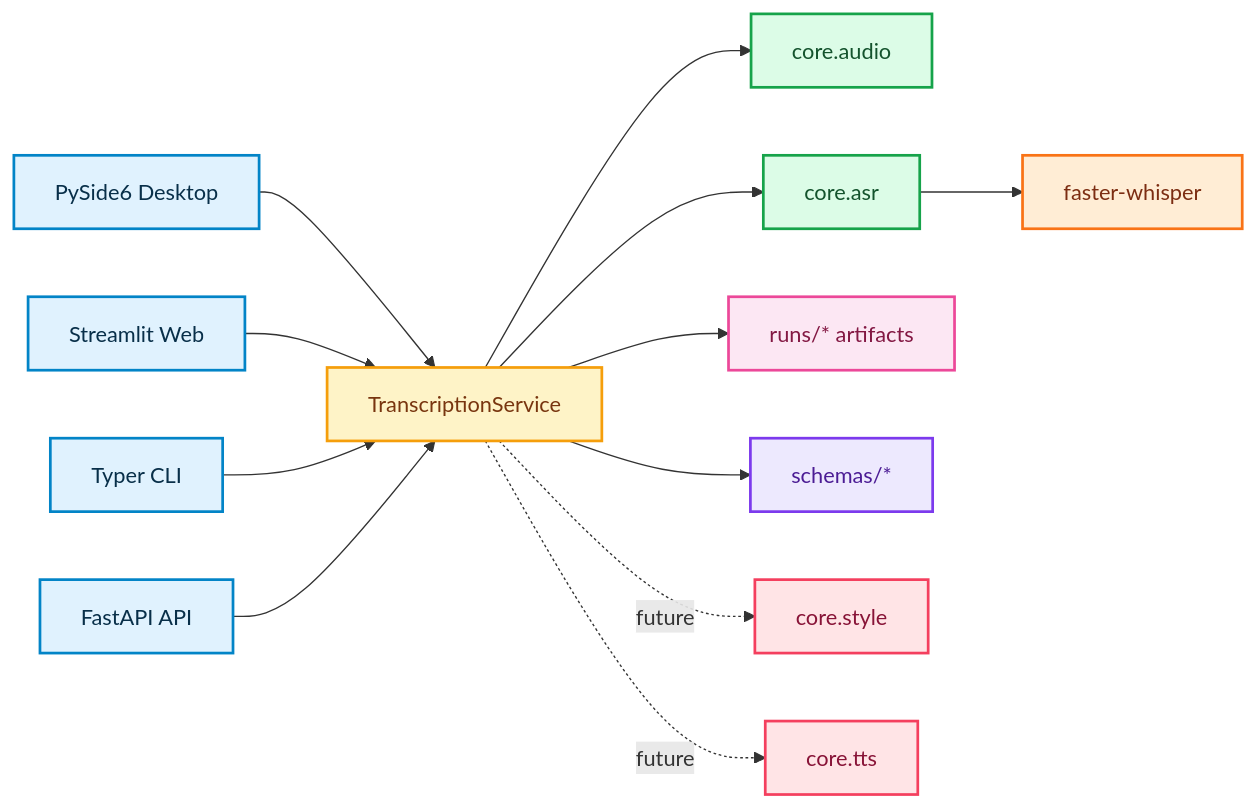
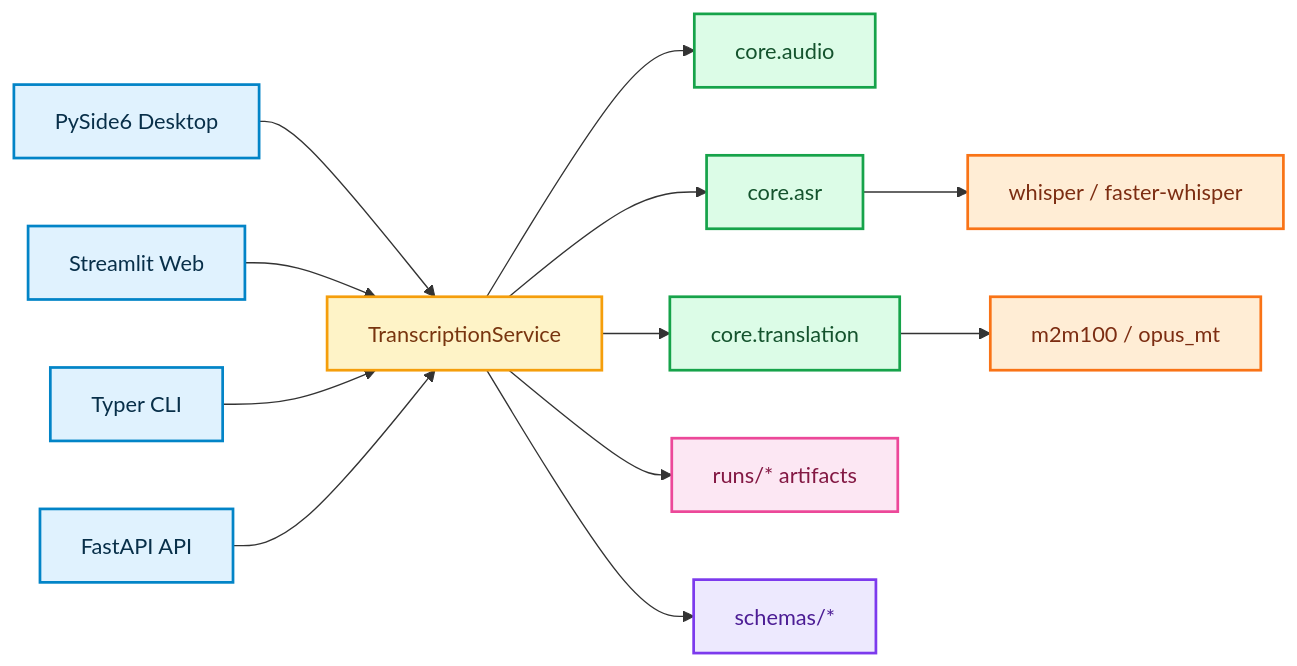
One commit to De-Par/smart-voice-kit changed the first of 2 diagrams in README.md. Above: the diagram before and after it, drawn with Mermaid. The commit also changed other lines of this file, not shown here.

````diff
--- a/README.md
+++ b/README.md
@@ -78,32 +79,30 @@
 ```mermaid
 flowchart LR
     A[PySide6 Desktop] --> E[TranscriptionService]
     B[Streamlit Web] --> E
     C[Typer CLI] --> E
     D[FastAPI API] --> E
 
     E --> F[core.audio]
     E --> G[core.asr]
-    E --> H[runs/* artifacts]
-    E --> I[schemas/*]
+    E --> H[core.translation]
+    E --> I[runs/* artifacts]
+    E --> J[schemas/*]
 
-    G --> J[faster-whisper]
-    E -. future .-> K[core.style]
-    E -. future .-> L[core.tts]
+    G --> K[whisper / faster-whisper]
+    H --> L[m2m100 / opus_mt]
 
     classDef client fill:#E0F2FE,stroke:#0284C7,color:#082F49,stroke-width:2px;
     classDef service fill:#FEF3C7,stroke:#F59E0B,color:#78350F,stroke-width:2px;
     classDef core fill:#DCFCE7,stroke:#16A34A,color:#14532D,stroke-width:2px;
     classDef artifact fill:#FCE7F3,stroke:#EC4899,color:#831843,stroke-width:2px;
     classDef schema fill:#EDE9FE,stroke:#7C3AED,color:#4C1D95,stroke-width:2px;
-    classDef future fill:#FFE4E6,stroke:#F43F5E,color:#881337,stroke-width:2px;
     classDef backend fill:#FFEDD5,stroke:#F97316,color:#7C2D12,stroke-width:2px;
 
     class A,B,C,D client;
     class E service;
-    class F,G core;
-    class H artifact;
-    class I schema;
-    class J backend;
-    class K,L future;
+    class F,G,H core;
+    class I artifact;
+    class J schema;
+    class K,L backend;
 ```
````
